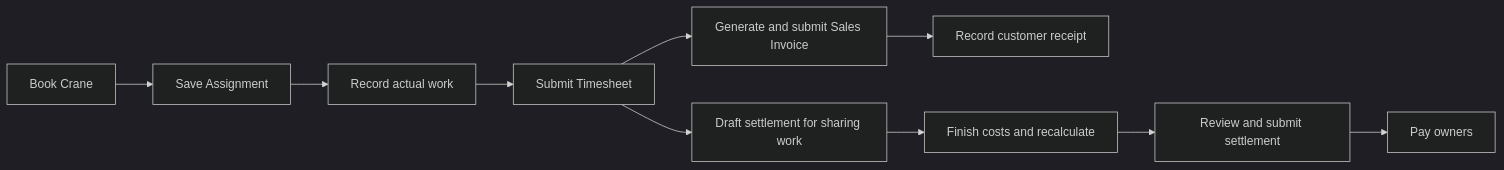
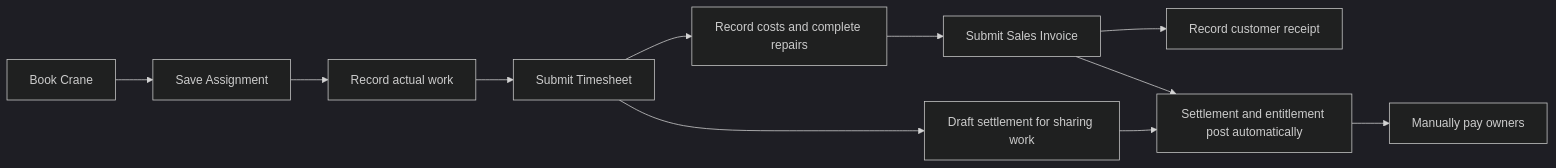
Before and after one commit to 00JIMMY00/heavy_equipment_rental: the second of 5 diagrams in docs/USER_GUIDE.md, drawn with Mermaid (dark theme). The commit also changed other lines of this file and 51 other files, not shown here.

````diff
--- a/docs/USER_GUIDE.md
+++ b/docs/USER_GUIDE.md
@@ -199,12 +179,13 @@
 ```mermaid
 flowchart LR
     B[Book Crane] --> A[Save Assignment]
     A --> W[Record actual work]
     W --> T[Submit Timesheet]
-    T --> I[Generate and submit Sales Invoice]
+    T --> D[Draft settlement for sharing work]
+    T --> C[Record costs and complete repairs]
+    C --> I[Submit Sales Invoice]
     I --> R[Record customer receipt]
-    T --> D[Draft settlement for sharing work]
-    D --> C[Finish costs and recalculate]
-    C --> S[Review and submit settlement]
-    S --> P[Pay owners]
+    I --> S[Settlement and entitlement post automatically]
+    D --> S
+    S --> P[Manually pay owners]
 ```
````
